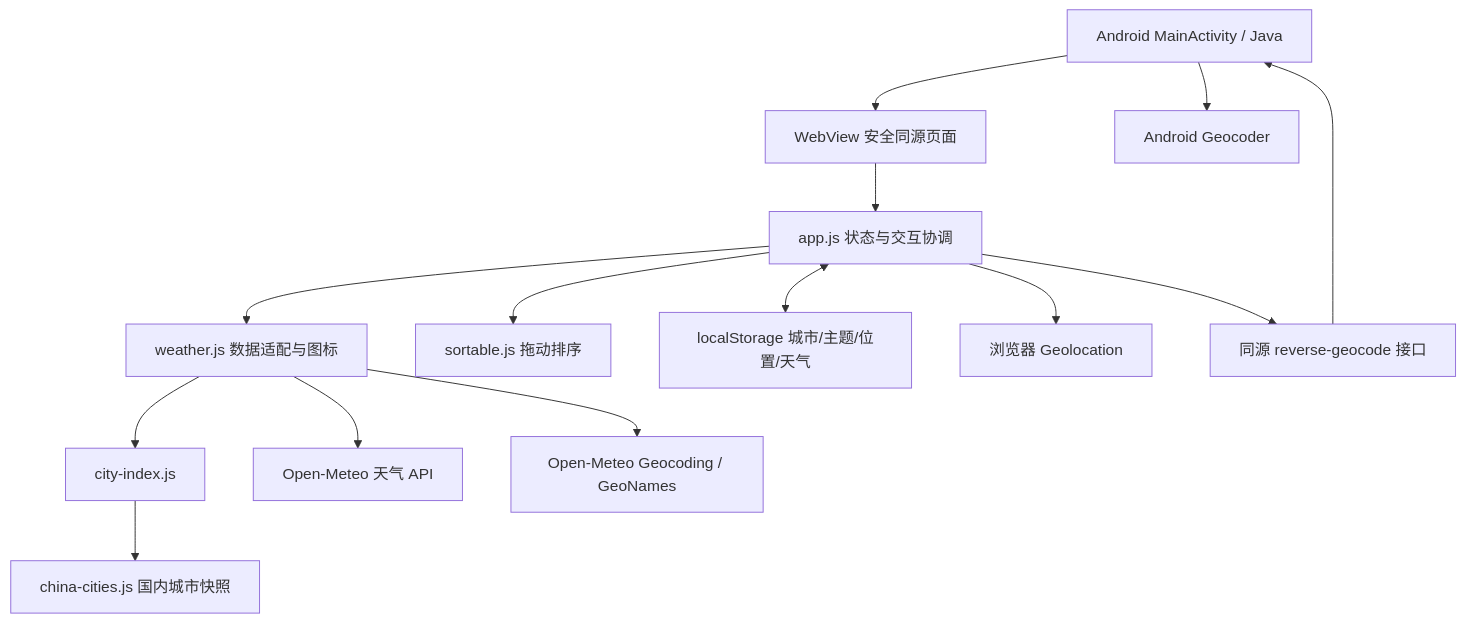
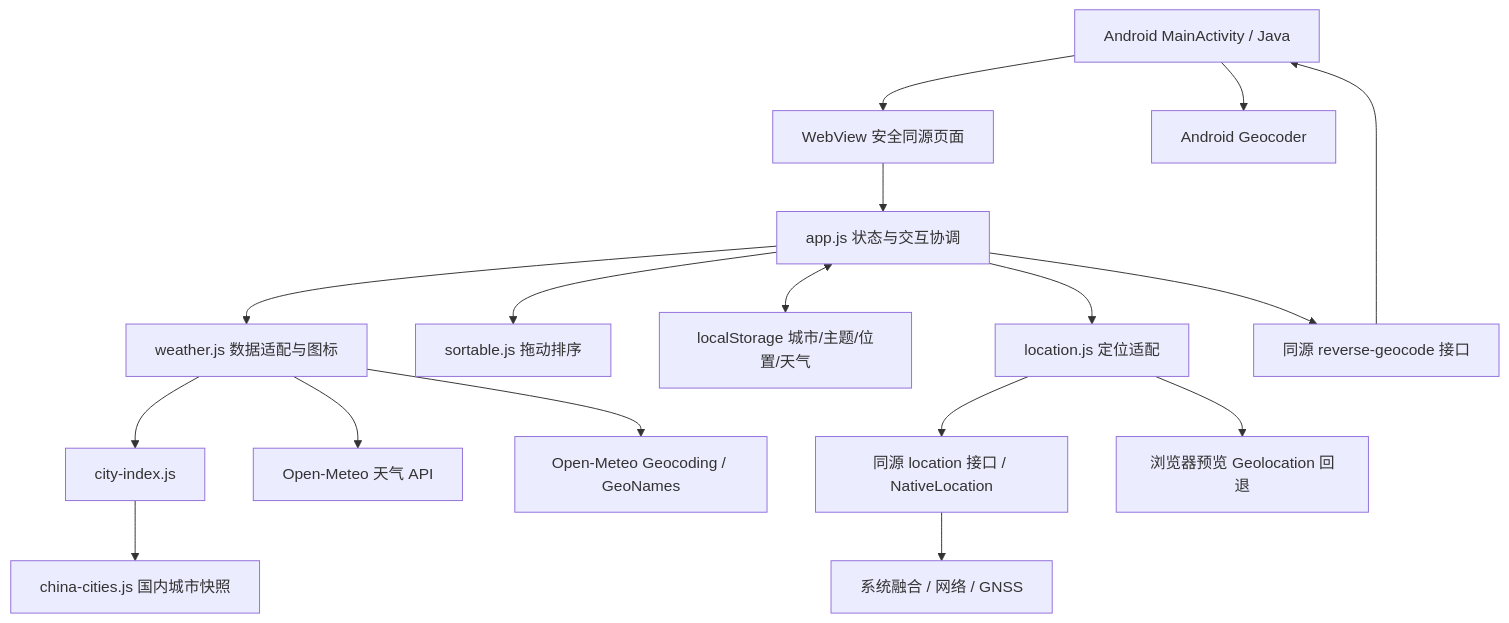
One commit to liu-gongjie/TravelWeather changed the first of 2 diagrams in docs/DESIGN.md. Above: the diagram before and after it, drawn with Mermaid. The commit also changed other lines of this file and 15 other files, not shown here.

First line of the commit message:
Develop 0.11 with native foreground location and weather update time

````diff
--- a/docs/DESIGN.md
+++ b/docs/DESIGN.md
@@ -51,16 +51,19 @@
 ```mermaid
 flowchart TD
     A[Android MainActivity / Java] --> B[WebView 安全同源页面]
     B --> C[app.js 状态与交互协调]
     C --> D[weather.js 数据适配与图标]
     C --> E[sortable.js 拖动排序]
     C <--> F[localStorage 城市/主题/位置/天气]
     D --> G[city-index.js]
     G --> H[china-cities.js 国内城市快照]
     D --> I[Open-Meteo 天气 API]
     D --> J[Open-Meteo Geocoding / GeoNames]
-    C --> K[浏览器 Geolocation]
+    C --> K[location.js 定位适配]
+    K --> N[同源 location 接口 / NativeLocation]
+    N --> O[系统融合 / 网络 / GNSS]
+    K --> P[浏览器预览 Geolocation 回退]
     C --> L[同源 reverse-geocode 接口]
     L --> A
     A --> M[Android Geocoder]
 ```
````
